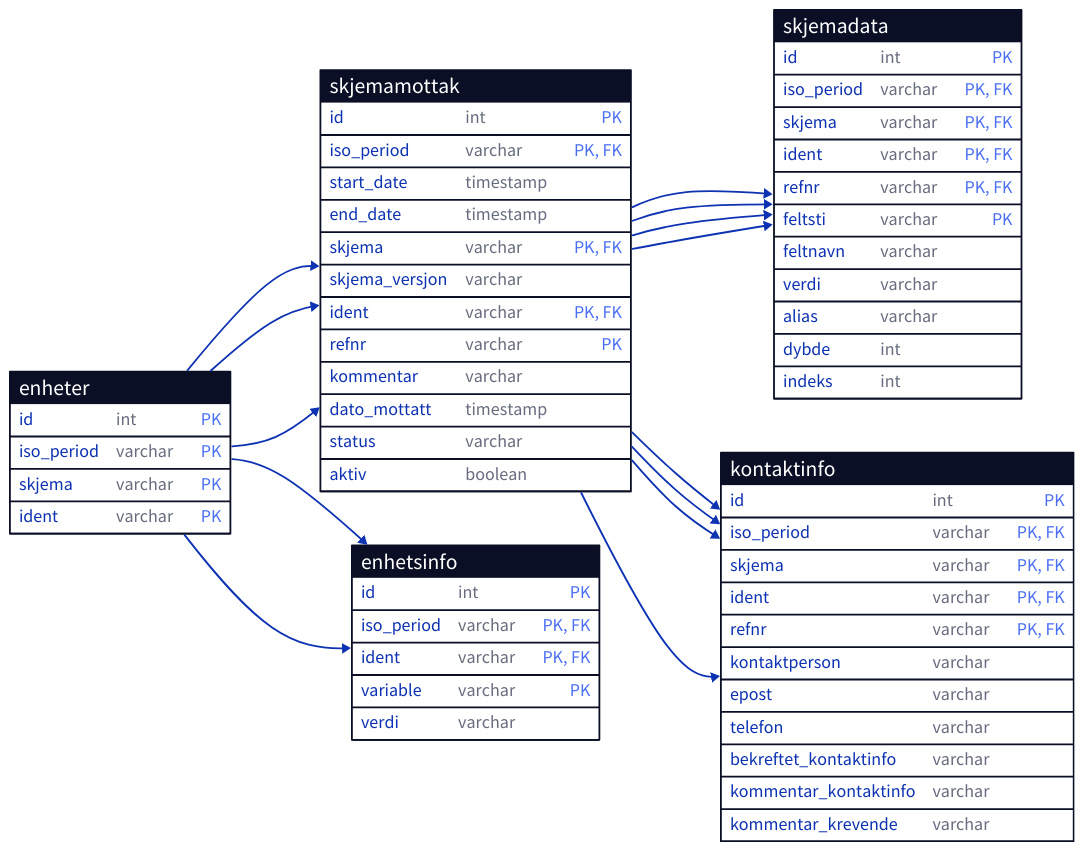
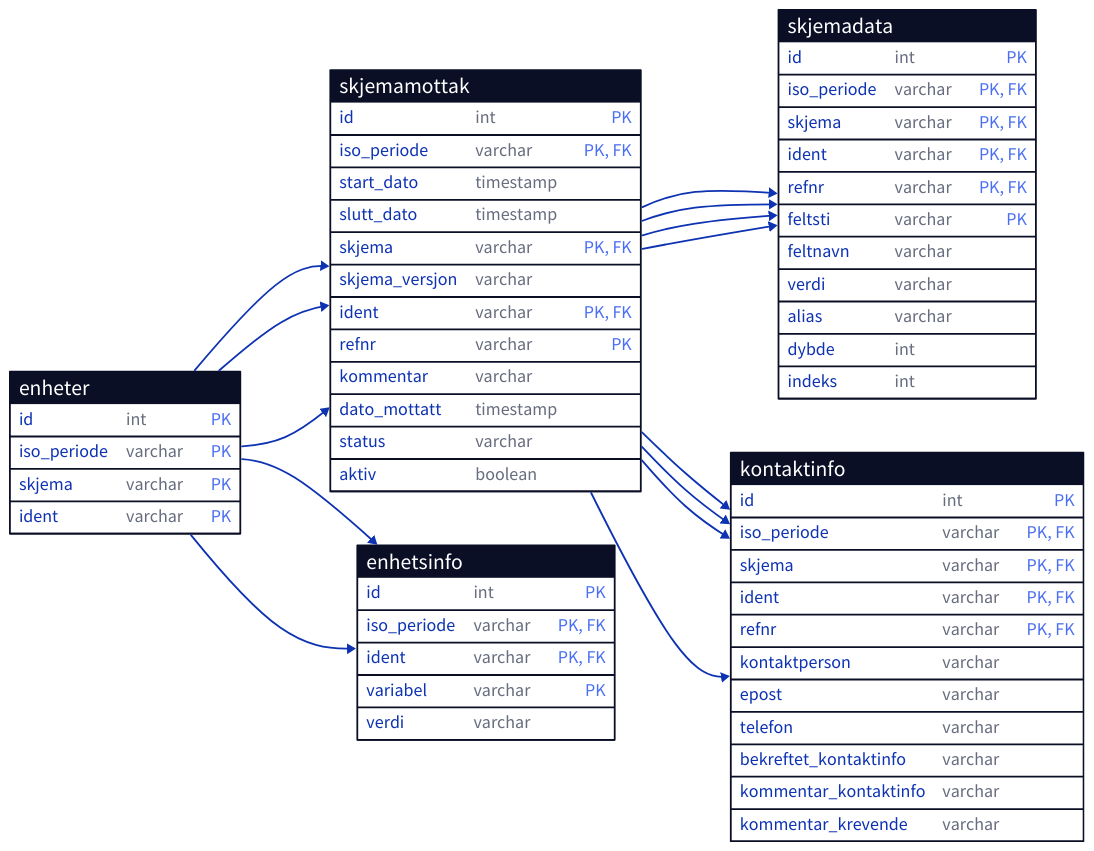
Before and after one commit to statisticsnorway/ssb-dash-framework: the diagram in docs/datamodels/altinn.d2, drawn with D2. The commit also changed 17 other files, not shown here.

```diff
--- a/docs/datamodels/altinn.d2
+++ b/docs/datamodels/altinn.d2
@@ -1,148 +1,148 @@
 direction: right
 
 enheter: {
   shape: sql_table
 
   id: int {
     constraint: primary_key
   }
 
-  iso_period: varchar {
+  iso_periode: varchar {
     constraint: primary_key
   }
   skjema: varchar {
     constraint: primary_key
   }
   ident: varchar {
     constraint: primary_key
   }
 }
 
 
 skjemamottak: {
   shape: sql_table
 
   id: int {
     constraint: primary_key
   }
 
-  iso_period: varchar {
+  iso_periode: varchar {
     constraint: [primary_key; foreign_key]
   }
-  start_date: timestamp
-  end_date: timestamp
+  start_dato: timestamp
+  slutt_dato: timestamp
   skjema: varchar {
     constraint: [primary_key; foreign_key]
   }
   skjema_versjon: varchar
   ident: varchar {
     constraint: [primary_key; foreign_key]
   }
   refnr: varchar {
     constraint: primary_key
   }
   kommentar: varchar
   dato_mottatt: timestamp
   status: varchar
   aktiv: boolean
 }
 
 
 enhetsinfo: {
   shape: sql_table
 
   id: int {
     constraint: primary_key
   }
 
-  iso_period: varchar {
+  iso_periode: varchar {
     constraint: [primary_key; foreign_key]
   }
   ident: varchar {
     constraint: [primary_key; foreign_key]
   }
-  variable: varchar {
+  variabel: varchar {
     constraint: primary_key
   }
   verdi: varchar
 }
 
 
 skjemadata: {
   shape: sql_table
 
   id: int {
     constraint: primary_key
   }
 
-  iso_period: varchar {
+  iso_periode: varchar {
     constraint: [primary_key; foreign_key]
   }
   skjema: varchar {
     constraint: [primary_key; foreign_key]
   }
   ident: varchar {
     constraint: [primary_key; foreign_key]
   }
   refnr: varchar {
     constraint: [primary_key; foreign_key]
   }
   feltsti: varchar {
     constraint: primary_key
   }
   feltnavn: varchar
   verdi: varchar
   alias: varchar
   dybde: int
   indeks: int
 }
 
 
 kontaktinfo: {
   shape: sql_table
 
   id: int {
     constraint: primary_key
   }
 
-  iso_period: varchar {
+  iso_periode: varchar {
     constraint: [primary_key; foreign_key]
   }
   skjema: varchar {
     constraint: [primary_key; foreign_key]
   }
   ident: varchar {
     constraint: [primary_key; foreign_key]
   }
   refnr: varchar {
     constraint: [primary_key; foreign_key]
   }
   kontaktperson: varchar
   epost: varchar
   telefon: varchar
   bekreftet_kontaktinfo: varchar
   kommentar_kontaktinfo: varchar
   kommentar_krevende: varchar
 }
 
 
 # Enheter -> Enhetsinfo
-enheter.iso_period -> enhetsinfo.iso_period
+enheter.iso_periode -> enhetsinfo.iso_periode
 enheter.ident -> enhetsinfo.ident
 
 # Enheter -> Skjemamottak
-enheter.iso_period -> skjemamottak.iso_period
+enheter.iso_periode -> skjemamottak.iso_periode
 enheter.skjema -> skjemamottak.skjema
 enheter.ident -> skjemamottak.ident
 
 # Skjemamottak -> Skjemadata
-skjemamottak.iso_period -> skjemadata.iso_period
+skjemamottak.iso_periode -> skjemadata.iso_periode
 skjemamottak.skjema -> skjemadata.skjema
 skjemamottak.ident -> skjemadata.ident
 skjemamottak.refnr -> skjemadata.refnr
 
 # Skjemamottak -> Kontaktinfo
-skjemamottak.iso_period -> kontaktinfo.iso_period
+skjemamottak.iso_periode -> kontaktinfo.iso_periode
 skjemamottak.skjema -> kontaktinfo.skjema
 skjemamottak.ident -> kontaktinfo.ident
 skjemamottak.refnr -> kontaktinfo.refnr
```
